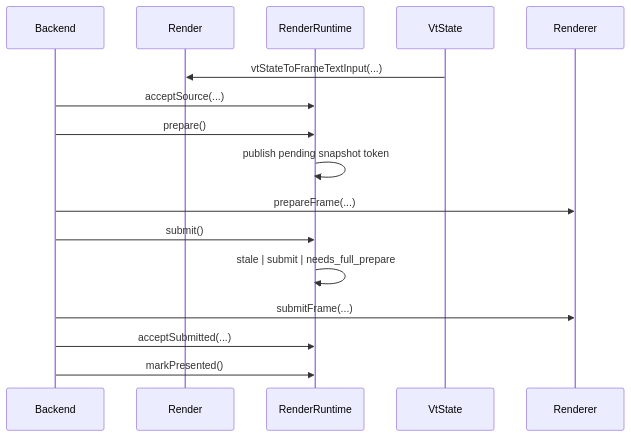
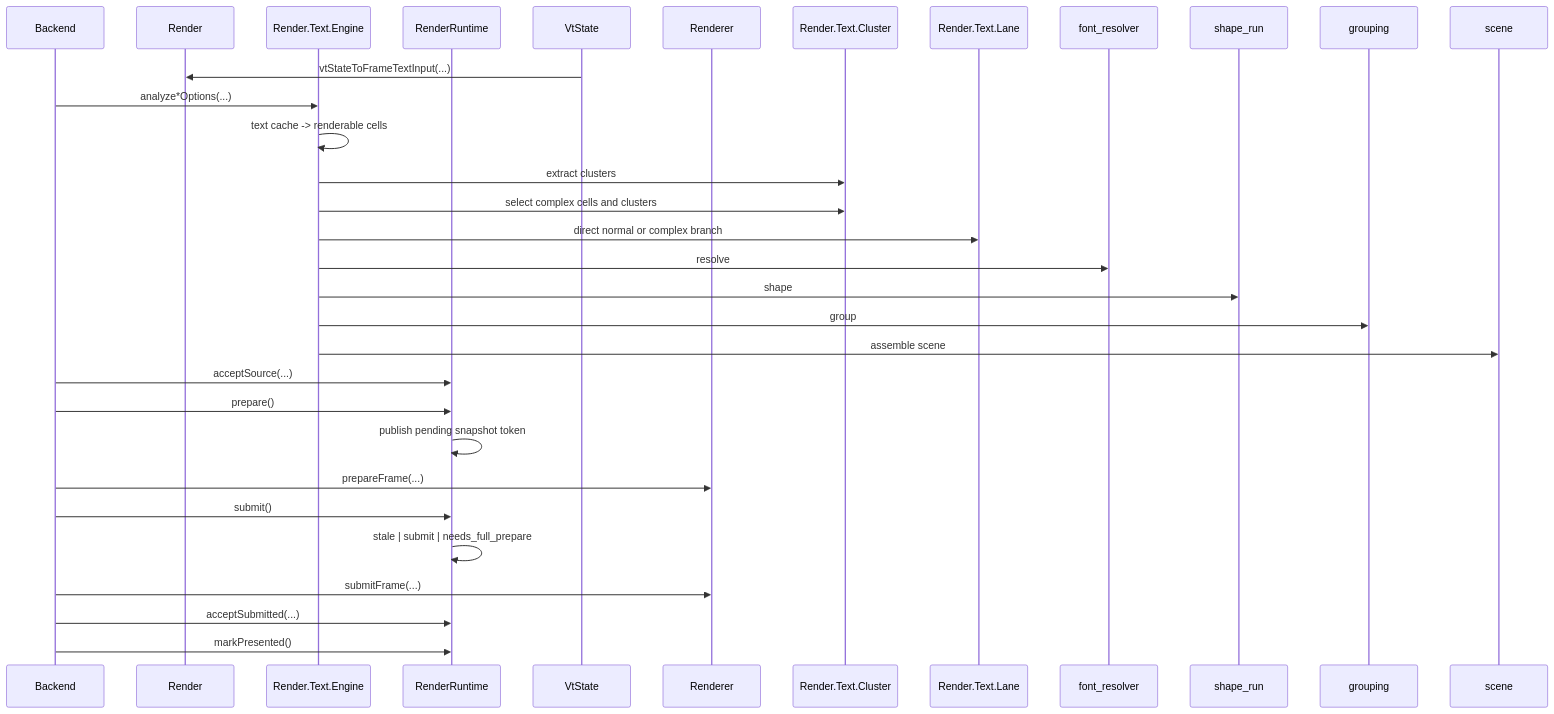
One commit to LaurenceGuws/howl-render-core changed the third of 3 diagrams in design.md. Above: the diagram before and after it, drawn with Mermaid. The commit also changed other lines of this file and 3 other files, not shown here.

Commit message:
render: tighten text engine phase ownership

````diff
--- a/design.md
+++ b/design.md
@@ -55,19 +55,29 @@
 ```mermaid
 sequenceDiagram
     participant Backend
     participant RC as Render
+    participant TE as Render.Text.Engine
     participant RR as RenderRuntime
     participant VT as VtState
     participant Renderer
 
     VT->>RC: vtStateToFrameTextInput(...)
+    Backend->>TE: analyze*Options(...)
+    TE->>TE: text cache -> renderable cells
+    TE->>Render.Text.Cluster: extract clusters
+    TE->>Render.Text.Cluster: select complex cells and clusters
+    TE->>Render.Text.Lane: direct normal or complex branch
+    TE->>font_resolver: resolve
+    TE->>shape_run: shape
+    TE->>grouping: group
+    TE->>scene: assemble scene
     Backend->>RR: acceptSource(...)
     Backend->>RR: prepare()
     RR->>RR: publish pending snapshot token
     Backend->>Renderer: prepareFrame(...)
     Backend->>RR: submit()
     RR->>RR: stale | submit | needs_full_prepare
     Backend->>Renderer: submitFrame(...)
     Backend->>RR: acceptSubmitted(...)
     Backend->>RR: markPresented()
 ```
````
